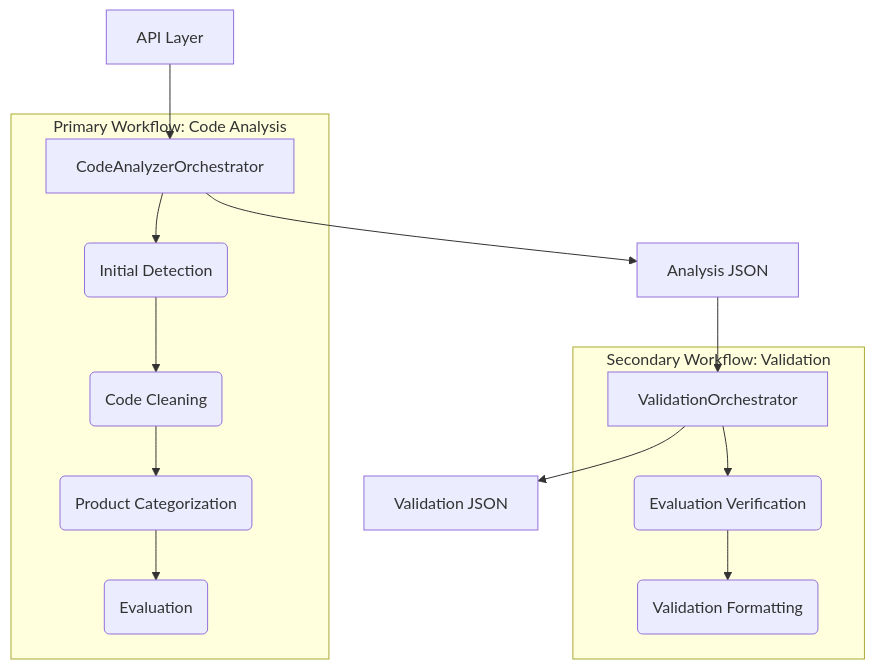
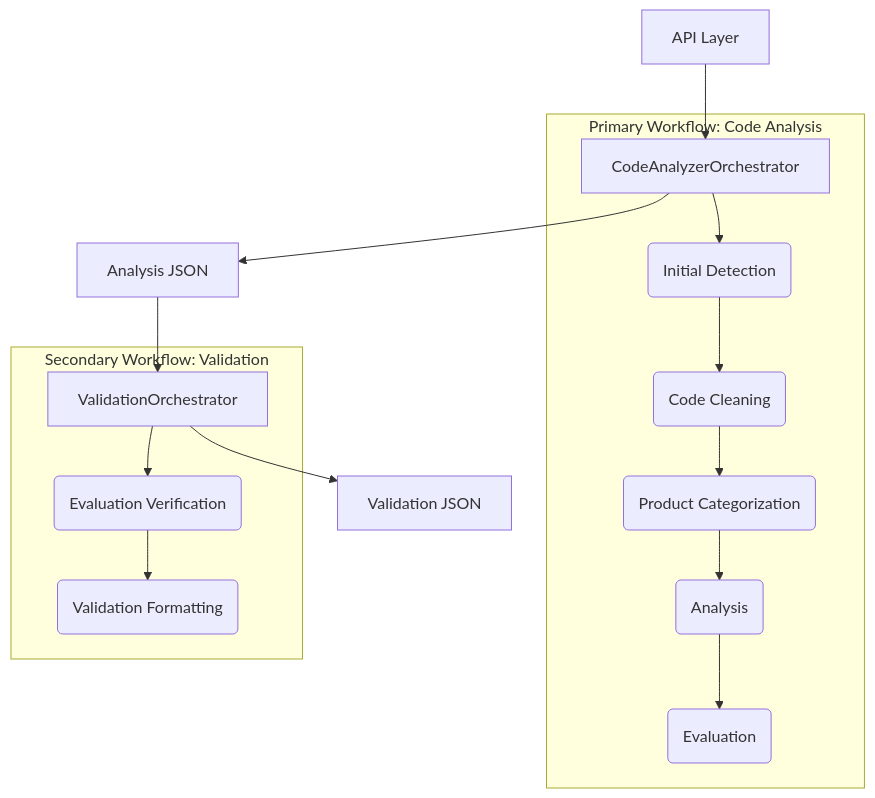
The first of 2 diagrams in docs/TECHNICAL_DESIGN.md (joeshirey/HealthScoringAgent), drawn with Mermaid before and after one commit. The commit also changed other lines of this file and 6 other files, not shown here.

````diff
--- a/docs/TECHNICAL_DESIGN.md
+++ b/docs/TECHNICAL_DESIGN.md
@@ -20,19 +20,20 @@
 ```mermaid
 graph TD
     subgraph "Primary Workflow: Code Analysis"
         A[CodeAnalyzerOrchestrator] --> B(Initial Detection);
         B --> C(Code Cleaning);
         C --> D(Product Categorization);
-        D --> E(Evaluation);
+        D --> E(Analysis);
+        E --> F(Evaluation);
     end
 
     subgraph "Secondary Workflow: Validation"
         G[ValidationOrchestrator] --> H(Evaluation Verification);
         H --> I(Validation Formatting);
     end
 
     API[API Layer] --> A;
     A --> API_Response_1[Analysis JSON];
     API_Response_1 --> G;
     G --> API_Response_2[Validation JSON];
 ```
````
